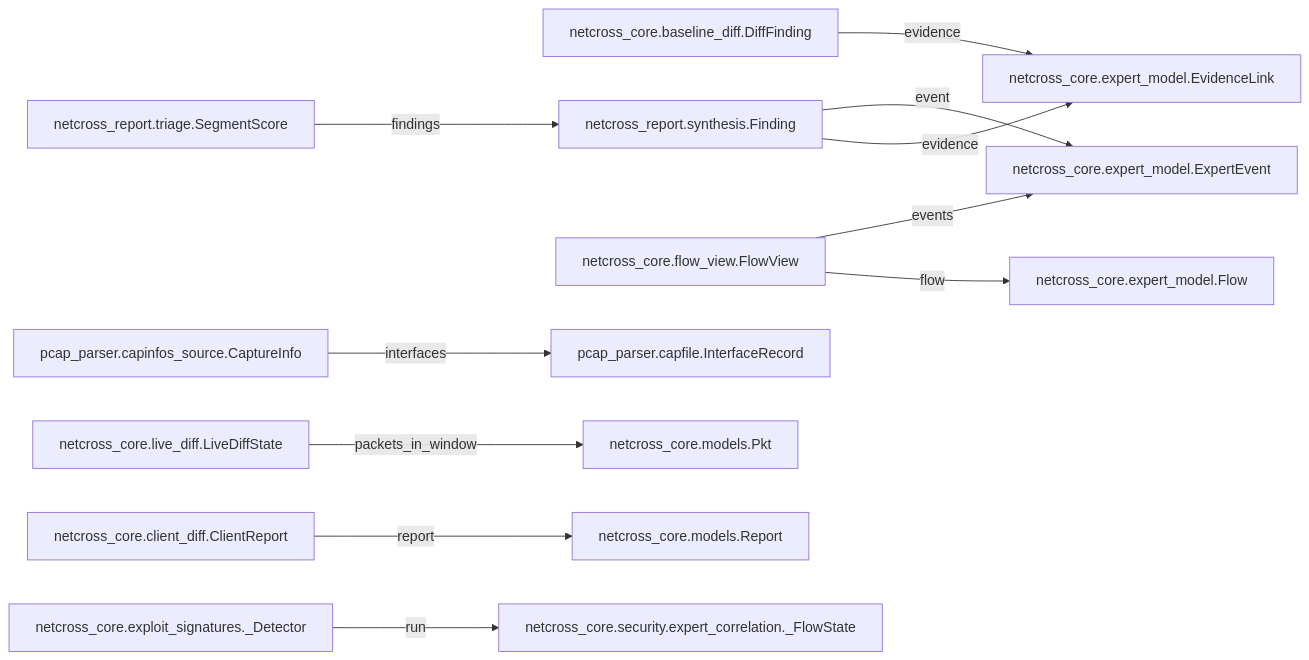
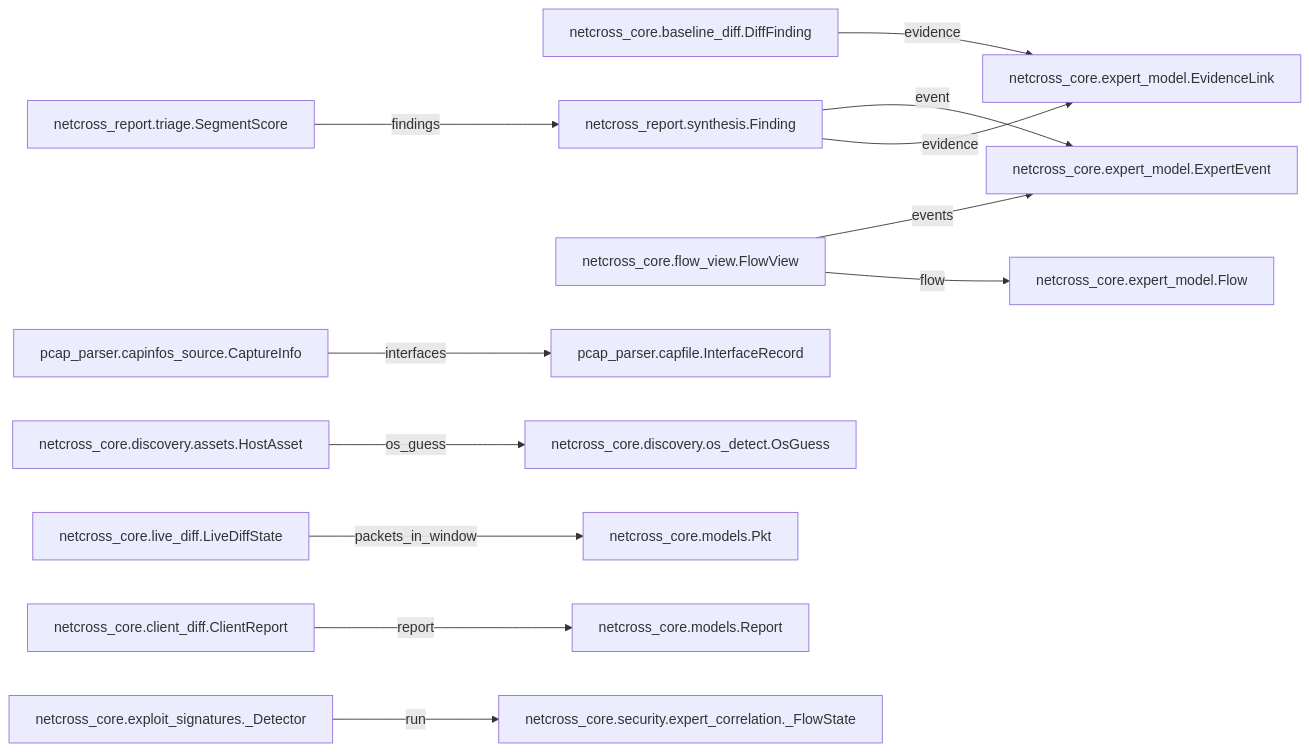
One commit to MathildeDec/Netcross changed the second of 14 diagrams in docs/class-diagram.md. Above: the diagram before and after it, drawn with Mermaid. The commit also changed other lines of this file and 5 other files, not shown here.

````diff
--- a/docs/class-diagram.md
+++ b/docs/class-diagram.md
@@ -49,28 +49,31 @@
 ```mermaid
 flowchart LR
     CaptureInfo["pcap_parser.capinfos_source.CaptureInfo"]
     ClientReport["netcross_core.client_diff.ClientReport"]
     DiffFinding["netcross_core.baseline_diff.DiffFinding"]
     EvidenceLink["netcross_core.expert_model.EvidenceLink"]
     ExpertEvent["netcross_core.expert_model.ExpertEvent"]
     Finding["netcross_report.synthesis.Finding"]
     FlowView["netcross_core.flow_view.FlowView"]
     Flow["netcross_core.expert_model.Flow"]
+    HostAsset["netcross_core.discovery.assets.HostAsset"]
     InterfaceRecord["pcap_parser.capfile.InterfaceRecord"]
     LiveDiffState["netcross_core.live_diff.LiveDiffState"]
+    OsGuess["netcross_core.discovery.os_detect.OsGuess"]
     Pkt["netcross_core.models.Pkt"]
     Report["netcross_core.models.Report"]
     SegmentScore["netcross_report.triage.SegmentScore"]
     _Detector["netcross_core.exploit_signatures._Detector"]
     netcross_core_security_expert_correlation__FlowState["netcross_core.security.expert_correlation._FlowState"]
     CaptureInfo -->|interfaces| InterfaceRecord
     ClientReport -->|report| Report
     DiffFinding -->|evidence| EvidenceLink
     Finding -->|event| ExpertEvent
     Finding -->|evidence| EvidenceLink
     FlowView -->|events| ExpertEvent
     FlowView -->|flow| Flow
+    HostAsset -->|os_guess| OsGuess
     LiveDiffState -->|packets_in_window| Pkt
     SegmentScore -->|findings| Finding
     _Detector -->|run| netcross_core_security_expert_correlation__FlowState
 ```
````
